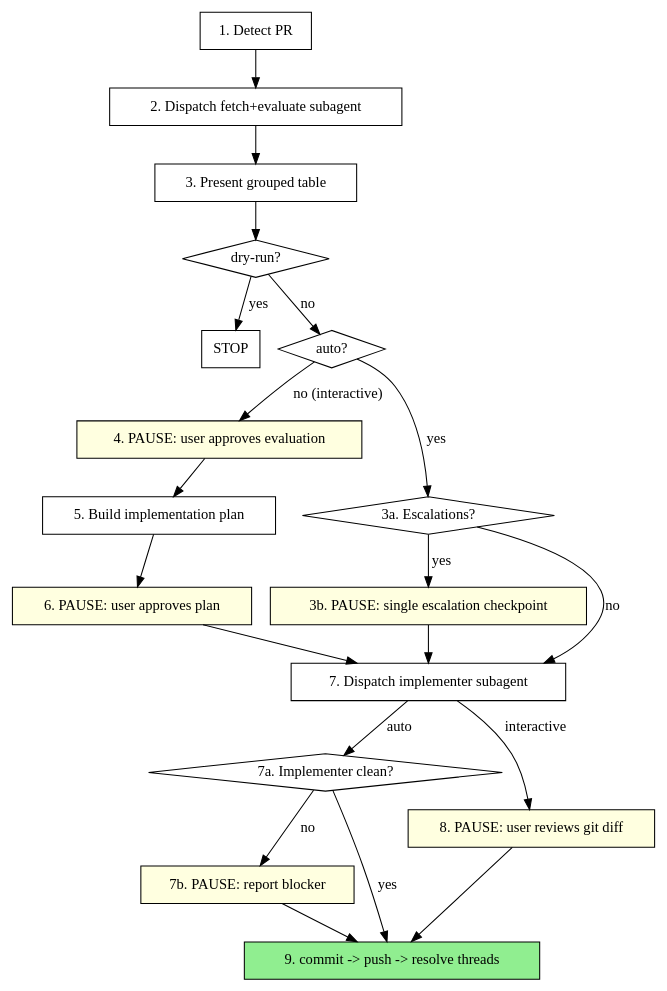
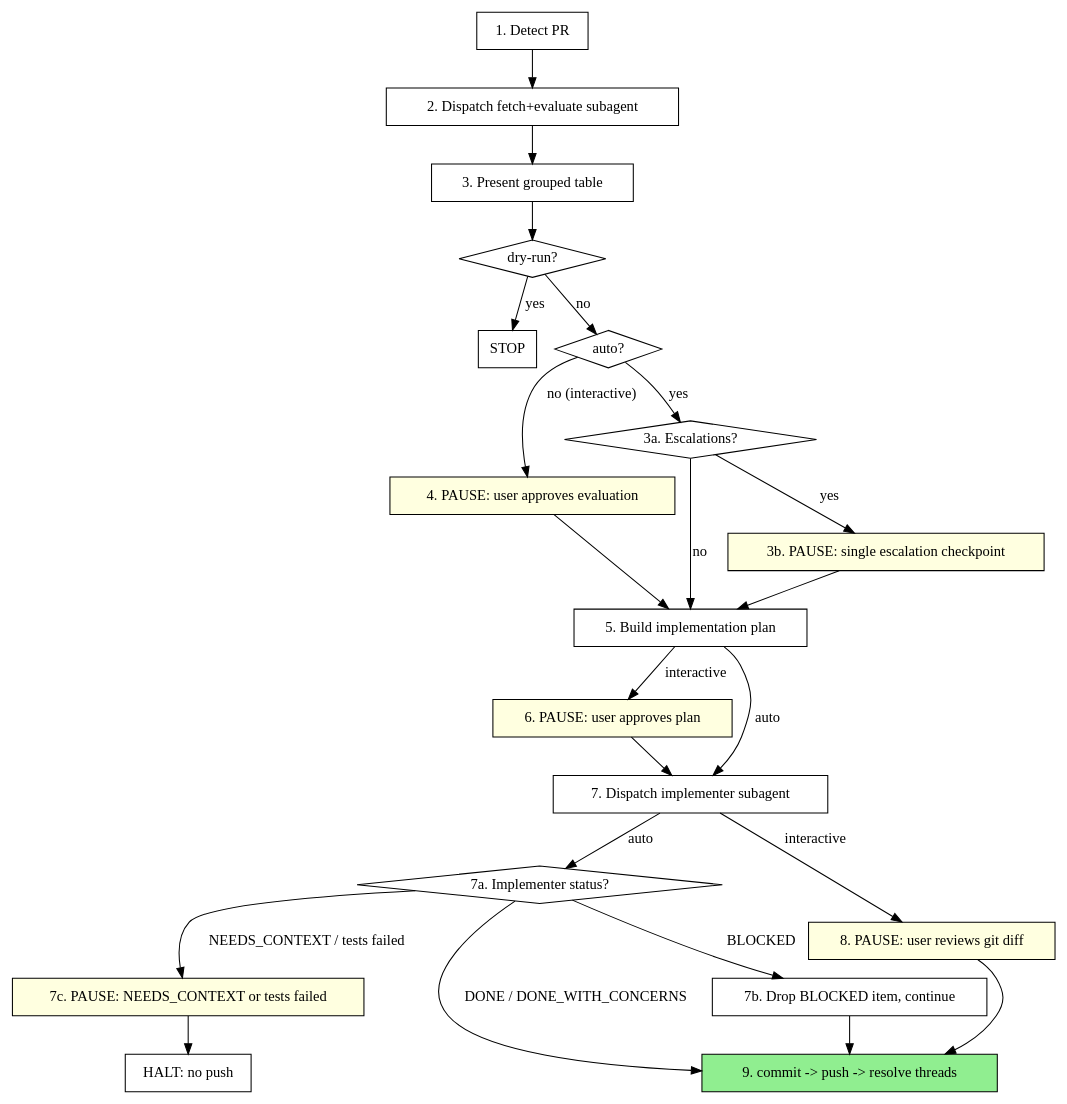
Before and after one commit to chanson5000/claude-plugin-repository: the diagram in plugins/resolve-pr-feedback/skills/resolve-pr-feedback/SKILL.md, drawn with Graphviz. The commit also changed other lines of this file and 2 other files, not shown here.

Commit message:
Address PR #5 review feedback on auto mode
- Route the auto path through the plan-building node in the workflow
  graph, and fan node 5 out on interactive/auto instead of skipping it
- Split the collapsed 7b blocker node into 7b (drop BLOCKED, continue)
  and 7c (pause on NEEDS_CONTEXT or failing tests -> HALT, no push), so
  a red build can no longer reach commit/push through the graph
- Capture the pre-existing dirty set in Step 1 and refuse to stage a
  file that overlaps it, since git add <file> cannot exclude a hunk
- Capture the repo default branch and assert the push target before
  pushing, enforcing the previously unchecked hard floor
- Gate GitHub replies under auto --stop-before-push, matching the mode
  table
- Make implementer STOP semantics per-item for BLOCKED and
  NEEDS_CONTEXT, and drop the claim that a human approved every plan

Claude-Session: https://claude.ai/code/session_01QSo6D5bmscRCVaZaGEysTZ

````diff
--- a/plugins/resolve-pr-feedback/skills/resolve-pr-feedback/SKILL.md
+++ b/plugins/resolve-pr-feedback/skills/resolve-pr-feedback/SKILL.md
@@ -29,44 +29,49 @@
 ```dot
 digraph resolve_pr_feedback {
     "1. Detect PR" [shape=box];
     "2. Dispatch fetch+evaluate subagent" [shape=box];
     "3. Present grouped table" [shape=box];
     "dry-run?" [shape=diamond];
     "STOP" [shape=box];
     "auto?" [shape=diamond];
     "4. PAUSE: user approves evaluation" [shape=box style=filled fillcolor=lightyellow];
     "3a. Escalations?" [shape=diamond];
     "3b. PAUSE: single escalation checkpoint" [shape=box style=filled fillcolor=lightyellow];
     "5. Build implementation plan" [shape=box];
     "6. PAUSE: user approves plan" [shape=box style=filled fillcolor=lightyellow];
     "7. Dispatch implementer subagent" [shape=box];
-    "7a. Implementer clean?" [shape=diamond];
-    "7b. PAUSE: report blocker" [shape=box style=filled fillcolor=lightyellow];
+    "7a. Implementer status?" [shape=diamond];
+    "7b. Drop BLOCKED item, continue" [shape=box];
+    "7c. PAUSE: NEEDS_CONTEXT or tests failed" [shape=box style=filled fillcolor=lightyellow];
+    "HALT: no push" [shape=box];
     "8. PAUSE: user reviews git diff" [shape=box style=filled fillcolor=lightyellow];
     "9. commit -> push -> resolve threads" [shape=box style=filled fillcolor=lightgreen];
 
     "1. Detect PR" -> "2. Dispatch fetch+evaluate subagent";
     "2. Dispatch fetch+evaluate subagent" -> "3. Present grouped table";
     "3. Present grouped table" -> "dry-run?";
     "dry-run?" -> "STOP" [label="yes"];
     "dry-run?" -> "auto?" [label="no"];
 
     "auto?" -> "4. PAUSE: user approves evaluation" [label="no (interactive)"];
     "4. PAUSE: user approves evaluation" -> "5. Build implementation plan";
-    "5. Build implementation plan" -> "6. PAUSE: user approves plan";
+    "5. Build implementation plan" -> "6. PAUSE: user approves plan" [label="interactive"];
+    "5. Build implementation plan" -> "7. Dispatch implementer subagent" [label="auto"];
     "6. PAUSE: user approves plan" -> "7. Dispatch implementer subagent";
 
     "auto?" -> "3a. Escalations?" [label="yes"];
     "3a. Escalations?" -> "3b. PAUSE: single escalation checkpoint" [label="yes"];
-    "3a. Escalations?" -> "7. Dispatch implementer subagent" [label="no"];
-    "3b. PAUSE: single escalation checkpoint" -> "7. Dispatch implementer subagent";
+    "3a. Escalations?" -> "5. Build implementation plan" [label="no"];
+    "3b. PAUSE: single escalation checkpoint" -> "5. Build implementation plan";
 
-    "7. Dispatch implementer subagent" -> "7a. Implementer clean?" [label="auto"];
-    "7a. Implementer clean?" -> "7b. PAUSE: report blocker" [label="no"];
-    "7a. Implementer clean?" -> "9. commit -> push -> resolve threads" [label="yes"];
-    "7b. PAUSE: report blocker" -> "9. commit -> push -> resolve threads";
+    "7. Dispatch implementer subagent" -> "7a. Implementer status?" [label="auto"];
+    "7a. Implementer status?" -> "9. commit -> push -> resolve threads" [label="DONE / DONE_WITH_CONCERNS"];
+    "7a. Implementer status?" -> "7b. Drop BLOCKED item, continue" [label="BLOCKED"];
+    "7b. Drop BLOCKED item, continue" -> "9. commit -> push -> resolve threads";
+    "7a. Implementer status?" -> "7c. PAUSE: NEEDS_CONTEXT or tests failed" [label="NEEDS_CONTEXT / tests failed"];
+    "7c. PAUSE: NEEDS_CONTEXT or tests failed" -> "HALT: no push";
 
     "7. Dispatch implementer subagent" -> "8. PAUSE: user reviews git diff" [label="interactive"];
     "8. PAUSE: user reviews git diff" -> "9. commit -> push -> resolve threads";
 }
 ```
````
